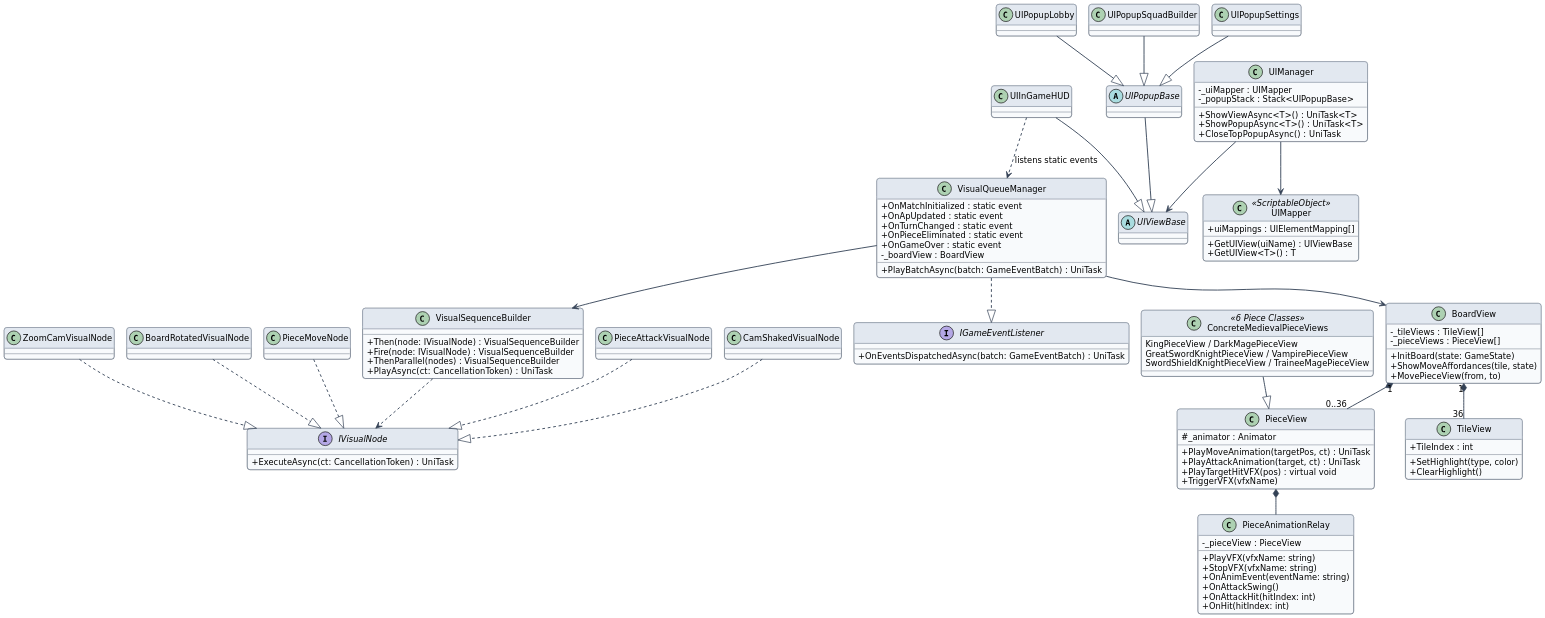
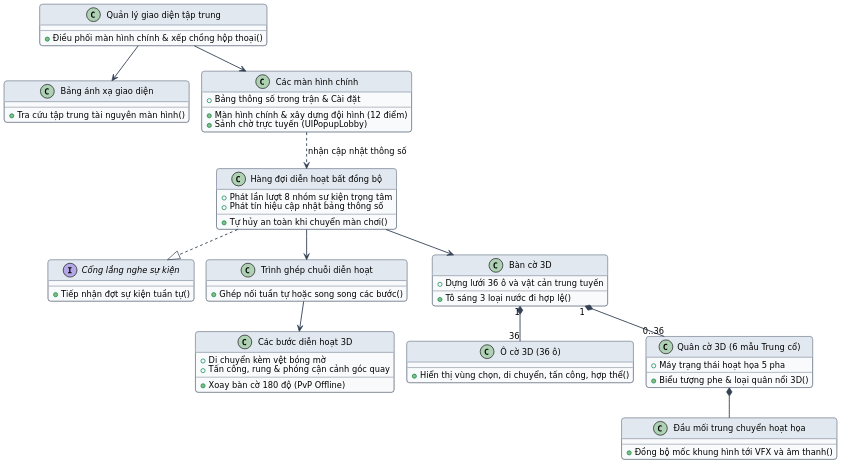
Before and after one commit to ThienVan1208/DACN-261-Report: the diagram in Diagrams/puml/05_class_view_ui.puml, drawn with PlantUML. The commit also changed 46 other files, not shown here.

```diff
--- a/Diagrams/puml/05_class_view_ui.puml
+++ b/Diagrams/puml/05_class_view_ui.puml
@@ -1,151 +1,77 @@
 @startuml
 !pragma layout smetana
 skinparam dpi 170
 skinparam backgroundColor #FFFFFF
 skinparam shadowing false
 skinparam defaultFontName "DejaVu Sans"
 skinparam defaultFontSize 12
 skinparam roundcorner 8
 skinparam ArrowColor #334155
 skinparam ArrowThickness 1.3
-skinparam BorderColor #475569
 skinparam ClassBackgroundColor #F8FAFC
 skinparam ClassBorderColor #334155
 skinparam ClassHeaderBackgroundColor #E2E8F0
-skinparam PackageBackgroundColor #FFFFFF
-skinparam PackageBorderColor #64748B
-skinparam ComponentBackgroundColor #F8FAFC
-skinparam ComponentBorderColor #334155
-skinparam RectangleBackgroundColor #F8FAFC
-skinparam RectangleBorderColor #334155
-skinparam UsecaseBackgroundColor #F1F5F9
-skinparam UsecaseBorderColor #334155
-skinparam ActorBackgroundColor #E2E8F0
-skinparam ActorBorderColor #334155
-skinparam StateBackgroundColor #F8FAFC
-skinparam StateBorderColor #334155
-skinparam SequenceParticipantBackgroundColor #F1F5F9
-skinparam SequenceParticipantBorderColor #334155
-skinparam SequenceLifeLineBorderColor #64748B
-skinparam SequenceGroupBackgroundColor #F8FAFC
-skinparam SequenceGroupBorderColor #94A3B8
-skinparam NoteBackgroundColor #FFFBEB
-skinparam NoteBorderColor #D97706
 
-skinparam classAttributeIconSize 0
-
-interface IGameEventListener {
-  +OnEventsDispatchedAsync(batch: GameEventBatch) : UniTask
+interface "Cổng lắng nghe sự kiện" as OutPort {
+  +Tiếp nhận đợt sự kiện tuần tự()
 }
 
-interface IVisualNode {
-  +ExecuteAsync(ct: CancellationToken) : UniTask
+class "Hàng đợi diễn hoạt bất đồng bộ" as VisualQ {
+  +Phát lần lượt 8 nhóm sự kiện trọng tâm
+  +Phát tín hiệu cập nhật bảng thông số
+  +Tự hủy an toàn khi chuyển màn chơi()
 }
 
-class VisualQueueManager {
-  +OnMatchInitialized : static event
-  +OnApUpdated : static event
-  +OnTurnChanged : static event
-  +OnPieceEliminated : static event
-  +OnGameOver : static event
-  -_boardView : BoardView
-  +PlayBatchAsync(batch: GameEventBatch) : UniTask
+class "Trình ghép chuỗi diễn hoạt" as SeqBuilder {
+  +Ghép nối tuần tự hoặc song song các bước()
 }
 
-class VisualSequenceBuilder {
-  +Then(node: IVisualNode) : VisualSequenceBuilder
-  +Fire(node: IVisualNode) : VisualSequenceBuilder
-  +ThenParallel(nodes) : VisualSequenceBuilder
-  +PlayAsync(ct: CancellationToken) : UniTask
+class "Các bước diễn hoạt 3D" as Nodes {
+  +Di chuyển kèm vệt bóng mờ
+  +Tấn công, rung & phóng cận cảnh góc quay
+  +Xoay bàn cờ 180 độ (PvP Offline)
 }
 
-class PieceMoveNode
-class PieceAttackVisualNode
-class CamShakedVisualNode
-class ZoomCamVisualNode
-class BoardRotatedVisualNode
-
-class BoardView {
-  -_tileViews : TileView[]
-  -_pieceViews : PieceView[]
-  +InitBoard(state: GameState)
-  +ShowMoveAffordances(tile, state)
-  +MovePieceView(from, to)
+class "Bàn cờ 3D" as BoardView {
+  +Dựng lưới 36 ô và vật cản trung tuyến
+  +Tô sáng 3 loại nước đi hợp lệ()
 }
 
-class TileView {
-  +TileIndex : int
-  +SetHighlight(type, color)
-  +ClearHighlight()
+class "Ô cờ 3D (36 ô)" as TileView {
+  +Hiển thị vùng chọn, di chuyển, tấn công, hợp thể()
 }
 
-class PieceView {
-  #_animator : Animator
-  +PlayMoveAnimation(targetPos, ct) : UniTask
-  +PlayAttackAnimation(target, ct) : UniTask
-  +PlayTargetHitVFX(pos) : virtual void
-  +TriggerVFX(vfxName)
+class "Quân cờ 3D (6 mẫu Trung cổ)" as PieceView {
+  +Máy trạng thái hoạt họa 5 pha
+  +Biểu tượng phe & loại quân nổi 3D()
 }
 
-class PieceAnimationRelay {
-  -_pieceView : PieceView
-  +PlayVFX(vfxName: string)
-  +StopVFX(vfxName: string)
-  +OnAnimEvent(eventName: string)
-  +OnAttackSwing()
-  +OnAttackHit(hitIndex: int)
-  +OnHit(hitIndex: int)
+class "Đầu mối trung chuyển hoạt họa" as Relay {
+  +Đồng bộ mốc khung hình tới VFX và âm thanh()
 }
 
-class ConcreteMedievalPieceViews <<6 Piece Classes>> {
-  KingPieceView / DarkMagePieceView
-  GreatSwordKnightPieceView / VampirePieceView
-  SwordShieldKnightPieceView / TraineeMagePieceView
+class "Quản lý giao diện tập trung" as UIMgr {
+  +Điều phối màn hình chính & xếp chồng hộp thoại()
 }
 
-class UIManager {
-  -_uiMapper : UIMapper
-  -_popupStack : Stack<UIPopupBase>
-  +ShowViewAsync<T>() : UniTask<T>
-  +ShowPopupAsync<T>() : UniTask<T>
-  +CloseTopPopupAsync() : UniTask
+class "Bảng ánh xạ giao diện" as UIMapper {
+  +Tra cứu tập trung tài nguyên màn hình()
 }
 
-class UIMapper <<ScriptableObject>> {
-  +uiMappings : UIElementMapping[]
-  +GetUIView(uiName) : UIViewBase
-  +GetUIView<T>() : T
+class "Các màn hình chính" as Screens {
+  +Màn hình chính & xây dựng đội hình (12 điểm)
+  +Sảnh chờ trực tuyến (UIPopupLobby)
+  +Bảng thông số trong trận & Cài đặt
 }
 
-abstract class UIViewBase
-abstract class UIPopupBase
-class UIInGameHUD
-class UIPopupLobby
-class UIPopupSquadBuilder
-class UIPopupSettings
-
-VisualQueueManager ..|> IGameEventListener
-VisualQueueManager --> VisualSequenceBuilder
-VisualQueueManager --> BoardView
-VisualSequenceBuilder ..> IVisualNode
-
-PieceMoveNode ..|> IVisualNode
-PieceAttackVisualNode ..|> IVisualNode
-CamShakedVisualNode ..|> IVisualNode
-ZoomCamVisualNode ..|> IVisualNode
-BoardRotatedVisualNode ..|> IVisualNode
-
+VisualQ ..|> OutPort
+VisualQ --> SeqBuilder
+VisualQ --> BoardView
+SeqBuilder --> Nodes
 BoardView "1" *-- "36" TileView
 BoardView "1" *-- "0..36" PieceView
-PieceView *-- PieceAnimationRelay
-ConcreteMedievalPieceViews --|> PieceView
-
-UIManager --> UIMapper
-UIManager --> UIViewBase
-UIPopupBase --|> UIViewBase
-UIInGameHUD --|> UIViewBase
-UIPopupLobby --|> UIPopupBase
-UIPopupSquadBuilder --|> UIPopupBase
-UIPopupSettings --|> UIPopupBase
-UIInGameHUD ..> VisualQueueManager : listens static events
+PieceView *-- Relay
+UIMgr --> UIMapper
+UIMgr --> Screens
+Screens ..> VisualQ : nhận cập nhật thông số
 @enduml
```
